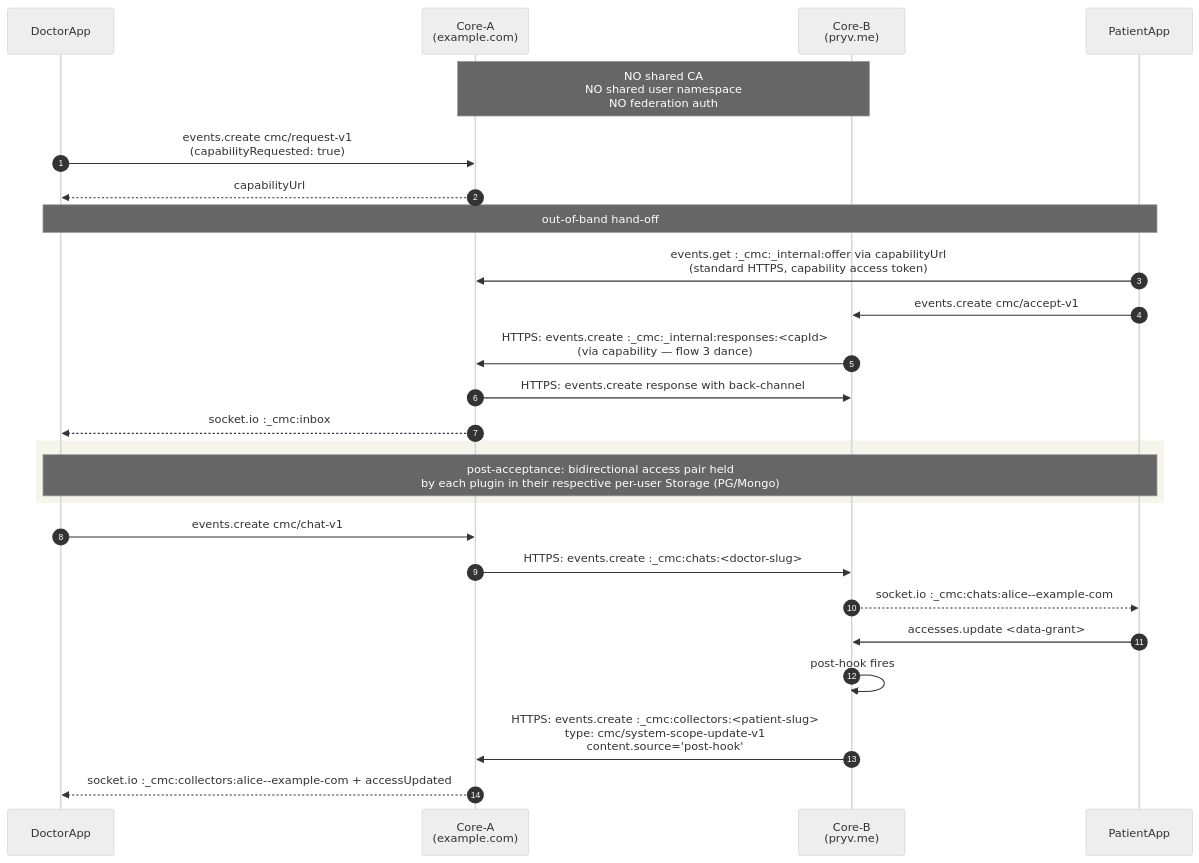
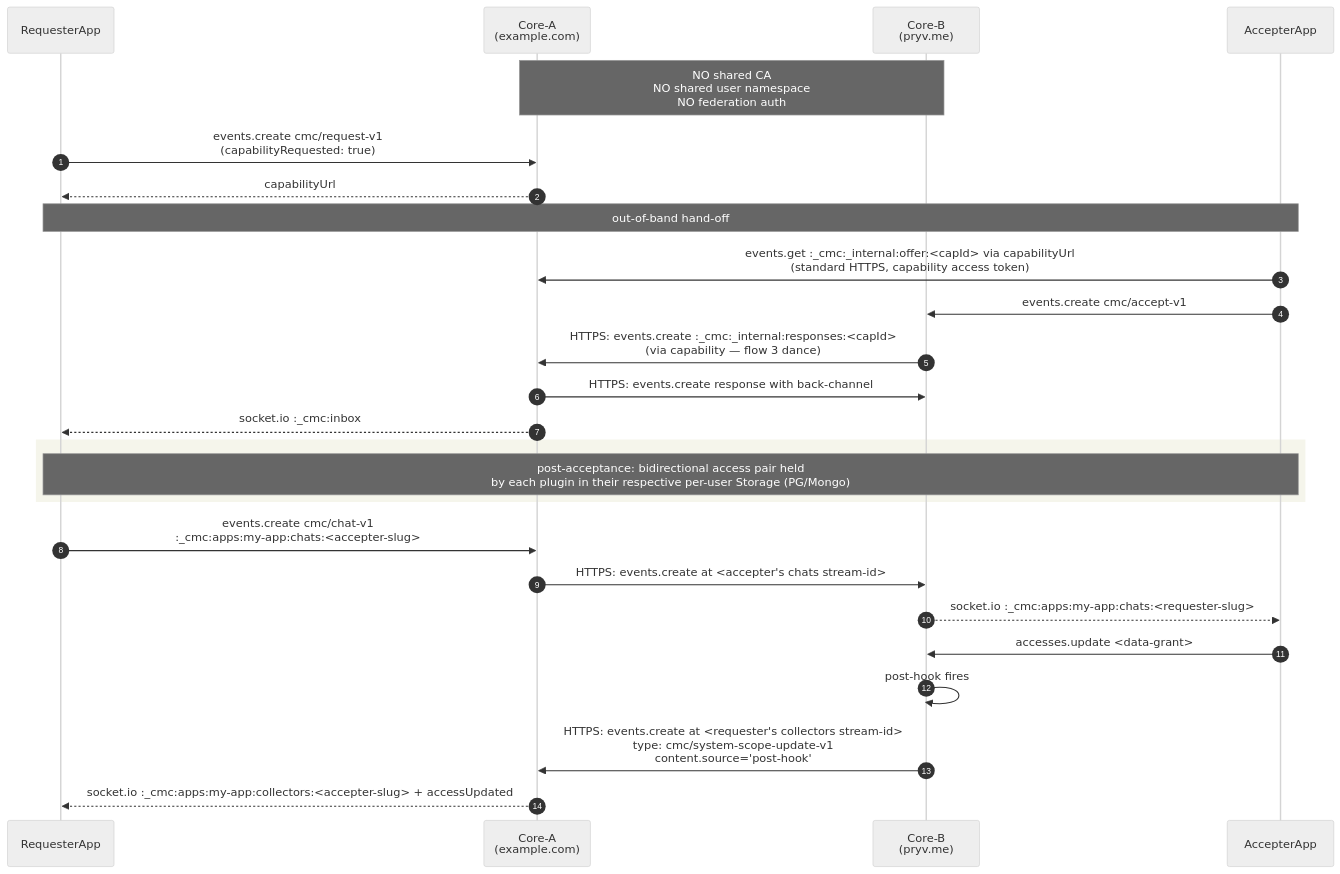
Diagram 14 of 14 in components/cmc/INTERNALS.md (pryv/open-pryv.io), drawn with Mermaid (neutral theme) before and after one commit. The commit also changed other lines of this file and 2 other files, not shown here.

First line of the commit message:
plan 68 — docs: rewrite to nested-under-apps namespace

````diff
--- a/components/cmc/INTERNALS.md
+++ b/components/cmc/INTERNALS.md
@@ -545,31 +539,31 @@
 ```mermaid
 sequenceDiagram
     autonumber
-    participant DApp as DoctorApp
-    participant DCore as Core-A<br/>(example.com)
-    participant PCore as Core-B<br/>(pryv.me)
-    participant PApp as PatientApp
+    participant RApp as RequesterApp
+    participant RCore as Core-A<br/>(example.com)
+    participant ACore as Core-B<br/>(pryv.me)
+    participant AApp as AccepterApp
 
-    Note over DCore,PCore: NO shared CA<br/>NO shared user namespace<br/>NO federation auth
-    DApp->>DCore: events.create cmc/request-v1<br/>(capabilityRequested: true)
-    DCore-->>DApp: capabilityUrl
-    Note over DApp,PApp: out-of-band hand-off
-    PApp->>DCore: events.get :_cmc:_internal:offer via capabilityUrl<br/>(standard HTTPS, capability access token)
-    PApp->>PCore: events.create cmc/accept-v1
-    PCore->>DCore: HTTPS: events.create :_cmc:_internal:responses:<capId><br/>(via capability — flow 3 dance)
-    DCore->>PCore: HTTPS: events.create response with back-channel
-    DCore-->>DApp: socket.io :_cmc:inbox
+    Note over RCore,ACore: NO shared CA<br/>NO shared user namespace<br/>NO federation auth
+    RApp->>RCore: events.create cmc/request-v1<br/>(capabilityRequested: true)
+    RCore-->>RApp: capabilityUrl
+    Note over RApp,AApp: out-of-band hand-off
+    AApp->>RCore: events.get :_cmc:_internal:offer:<capId> via capabilityUrl<br/>(standard HTTPS, capability access token)
+    AApp->>ACore: events.create cmc/accept-v1
+    ACore->>RCore: HTTPS: events.create :_cmc:_internal:responses:<capId><br/>(via capability — flow 3 dance)
+    RCore->>ACore: HTTPS: events.create response with back-channel
+    RCore-->>RApp: socket.io :_cmc:inbox
 
     rect rgb(245, 245, 235)
-    Note over DApp,PApp: post-acceptance: bidirectional access pair held<br/>by each plugin in their respective per-user Storage (PG/Mongo)
+    Note over RApp,AApp: post-acceptance: bidirectional access pair held<br/>by each plugin in their respective per-user Storage (PG/Mongo)
     end
 
-    DApp->>DCore: events.create cmc/chat-v1
-    DCore->>PCore: HTTPS: events.create :_cmc:chats:<doctor-slug>
-    PCore-->>PApp: socket.io :_cmc:chats:alice--example-com
+    RApp->>RCore: events.create cmc/chat-v1<br/>:_cmc:apps:my-app:chats:<accepter-slug>
+    RCore->>ACore: HTTPS: events.create at <accepter's chats stream-id>
+    ACore-->>AApp: socket.io :_cmc:apps:my-app:chats:<requester-slug>
 
-    PApp->>PCore: accesses.update <data-grant>
-    PCore->>PCore: post-hook fires
-    PCore->>DCore: HTTPS: events.create :_cmc:collectors:<patient-slug><br/>type: cmc/system-scope-update-v1<br/>content.source='post-hook'
-    DCore-->>DApp: socket.io :_cmc:collectors:alice--example-com + accessUpdated
+    AApp->>ACore: accesses.update <data-grant>
+    ACore->>ACore: post-hook fires
+    ACore->>RCore: HTTPS: events.create at <requester's collectors stream-id><br/>type: cmc/system-scope-update-v1<br/>content.source='post-hook'
+    RCore-->>RApp: socket.io :_cmc:apps:my-app:collectors:<accepter-slug> + accessUpdated
 ```
````
